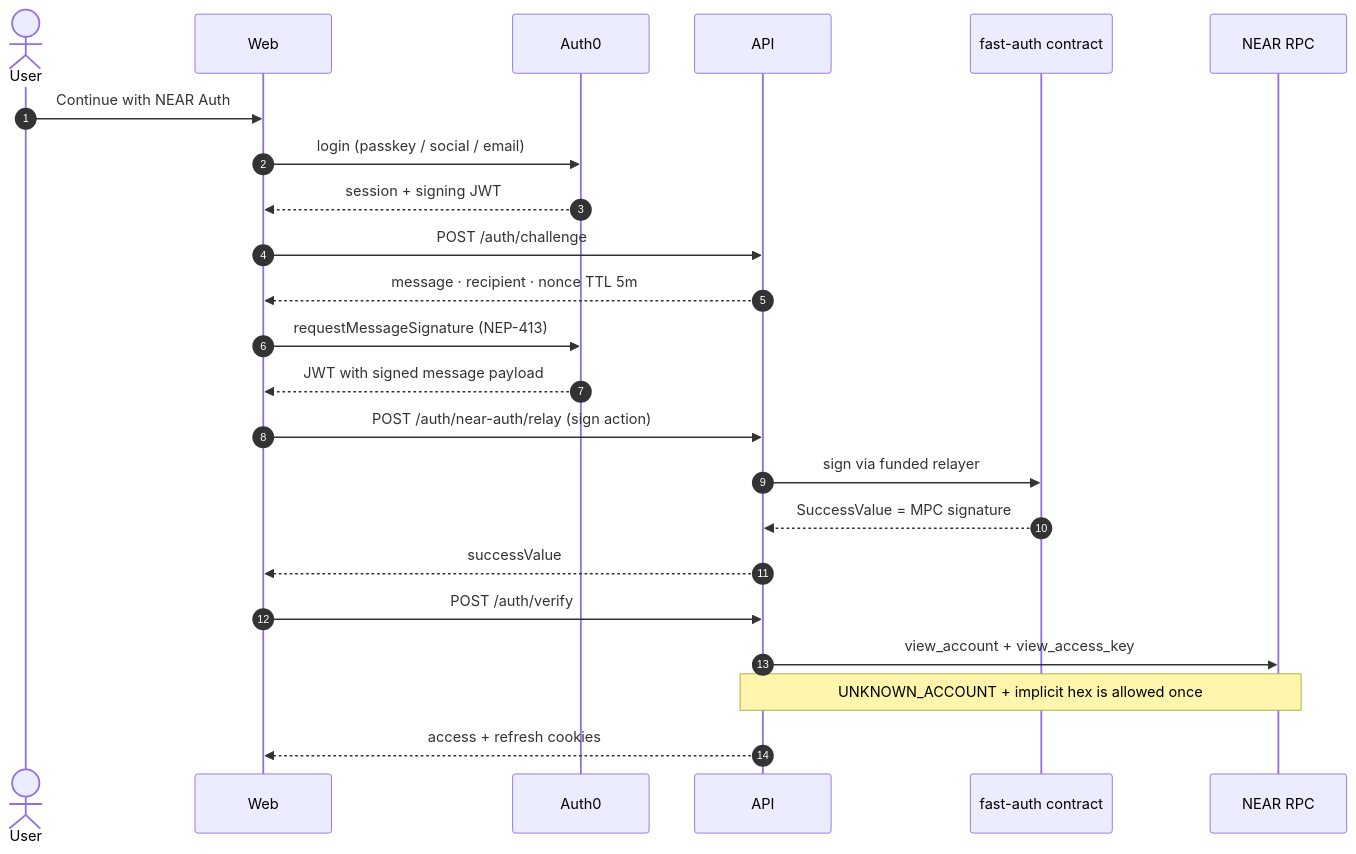
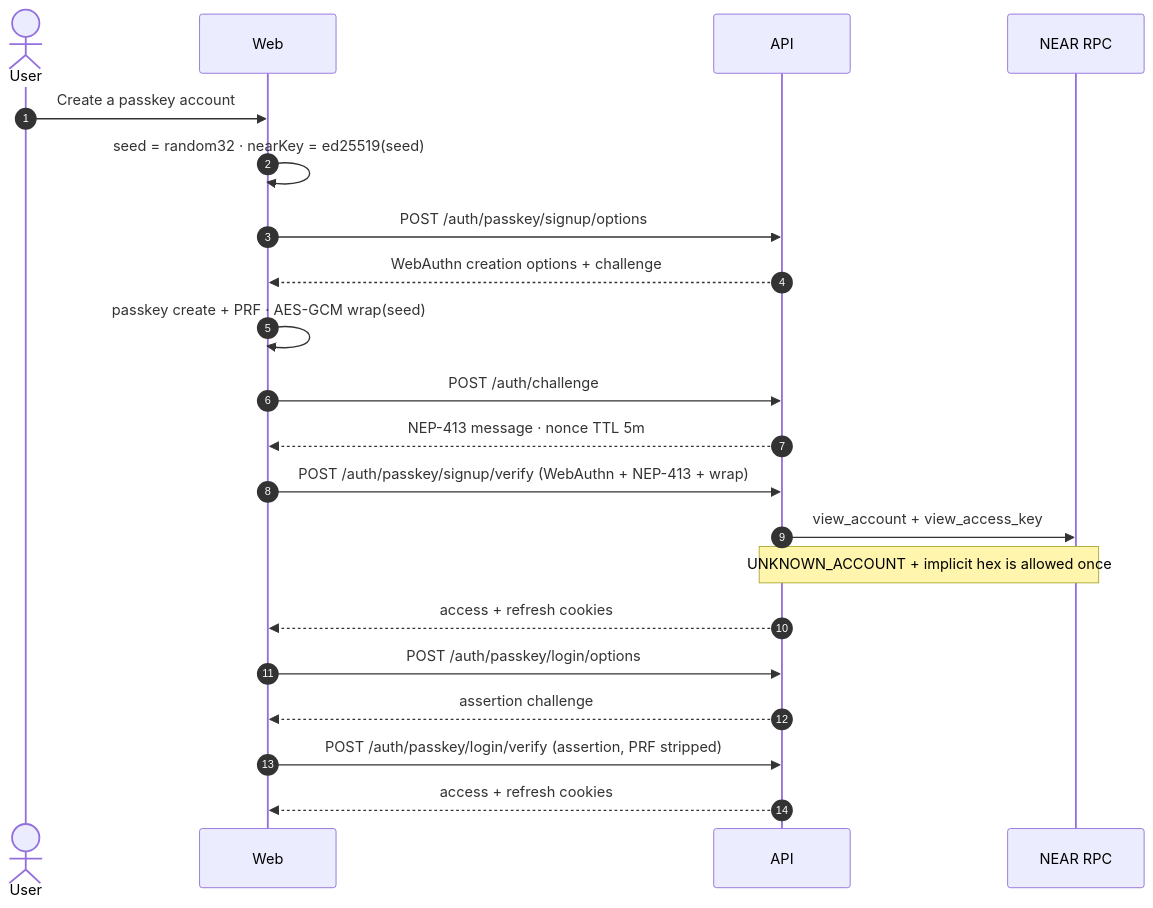
Before and after one commit to cryingraven/keiz-platform: the fourth of 16 diagrams in docs/architecture.md, drawn with Mermaid. The commit also changed other lines of this file and 51 other files, not shown here.

First line of the commit message:
feat(auth): implement WebAuthn challenge and credential schemas

````diff
--- a/docs/architecture.md
+++ b/docs/architecture.md
@@ -195,26 +193,24 @@
 ```mermaid
 sequenceDiagram
   autonumber
   actor U as User
   participant W as Web
-  participant N as Auth0
   participant A as API
-  participant F as fast-auth contract
   participant P as NEAR RPC
 
-  U->>W: Continue with NEAR Auth
-  W->>N: login (passkey / social / email)
-  N-->>W: session + signing JWT
+  U->>W: Create a passkey account
+  W->>W: seed = random32 · nearKey = ed25519(seed)
+  W->>A: POST /auth/passkey/signup/options
+  A-->>W: WebAuthn creation options + challenge
+  W->>W: passkey create + PRF · AES-GCM wrap(seed)
   W->>A: POST /auth/challenge
-  A-->>W: message · recipient · nonce TTL 5m
-  W->>N: requestMessageSignature (NEP-413)
-  N-->>W: JWT with signed message payload
-  W->>A: POST /auth/near-auth/relay (sign action)
-  A->>F: sign via funded relayer
-  F-->>A: SuccessValue = MPC signature
-  A-->>W: successValue
-  W->>A: POST /auth/verify
+  A-->>W: NEP-413 message · nonce TTL 5m
+  W->>A: POST /auth/passkey/signup/verify (WebAuthn + NEP-413 + wrap)
   A->>P: view_account + view_access_key
   Note over A,P: UNKNOWN_ACCOUNT + implicit hex is allowed once
   A-->>W: access + refresh cookies
+  W->>A: POST /auth/passkey/login/options
+  A-->>W: assertion challenge
+  W->>A: POST /auth/passkey/login/verify (assertion, PRF stripped)
+  A-->>W: access + refresh cookies
 ```
````
